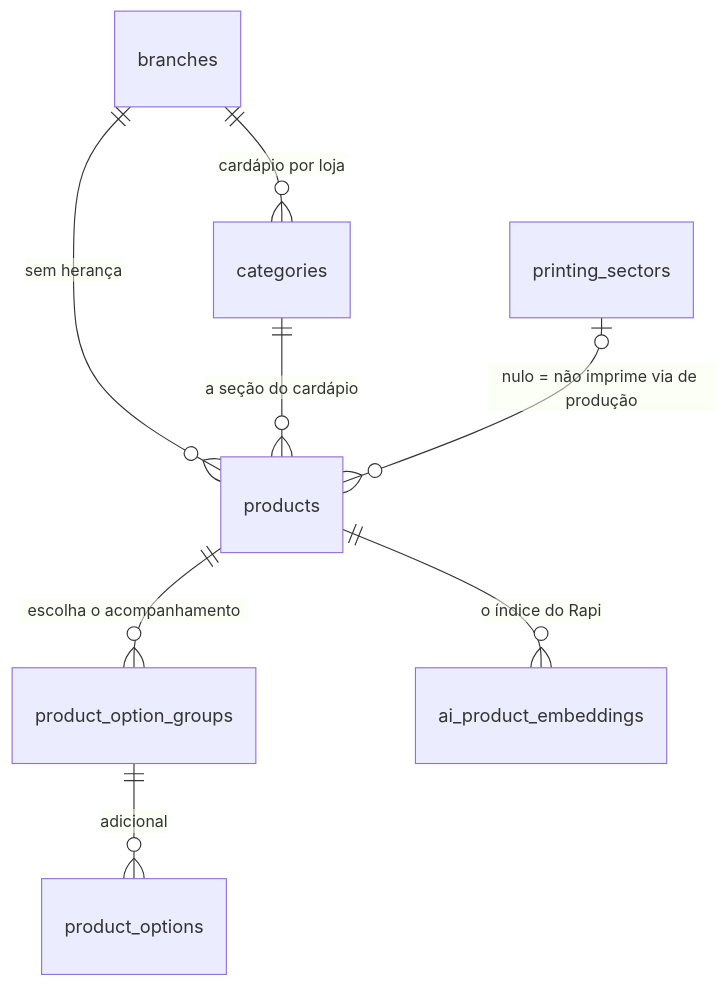
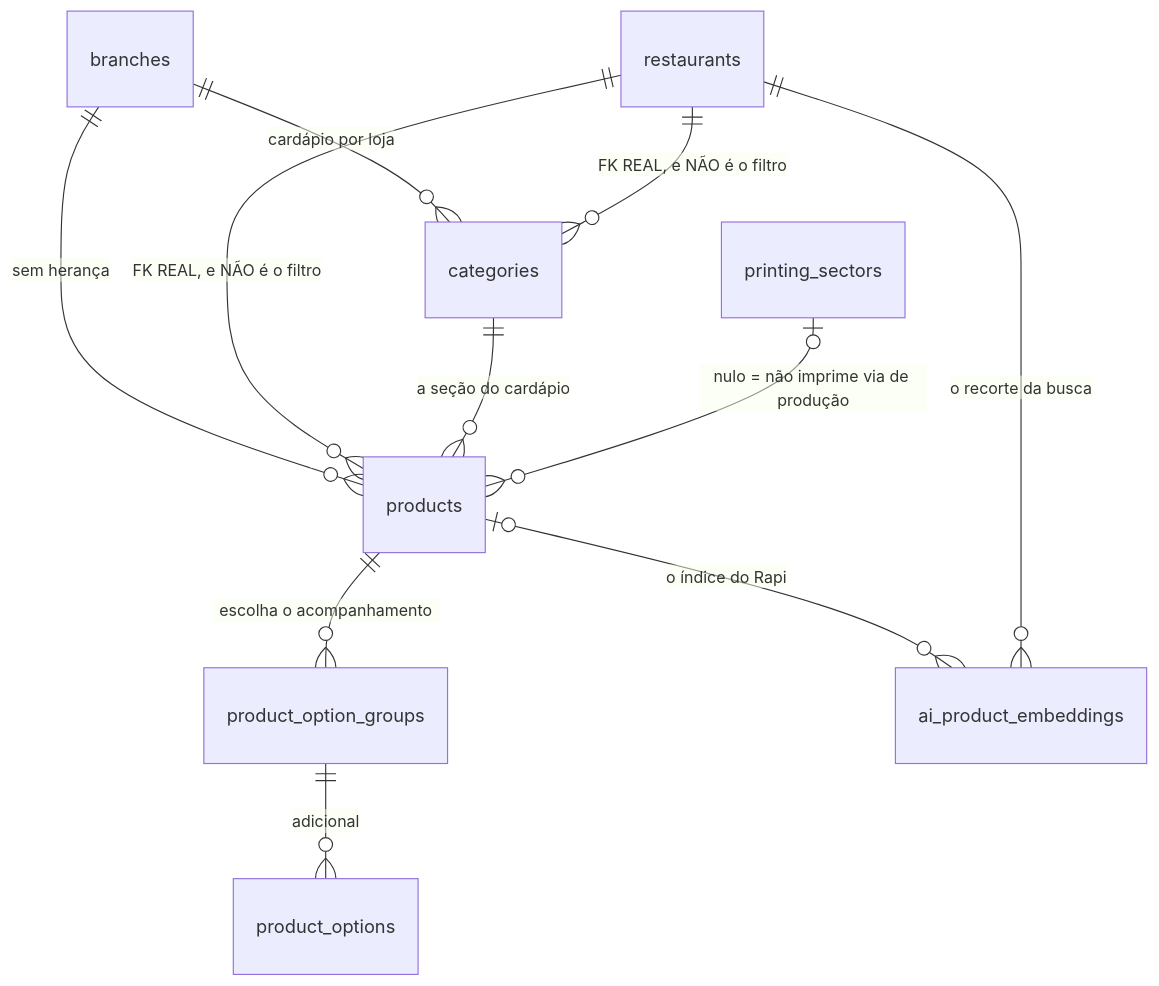
One commit to Caua1705/pedeaqui_back changed the second of 6 diagrams in docs/modelo-de-dados.md. Above: the diagram before and after it, drawn with Mermaid. The commit also changed other lines of this file and 2 other files, not shown here.

````diff
--- a/docs/modelo-de-dados.md
+++ b/docs/modelo-de-dados.md
@@ -53,10 +57,13 @@
 ```mermaid
 erDiagram
     branches ||--o{ categories : "cardápio por loja"
     branches ||--o{ products : "sem herança"
+    restaurants ||--o{ categories : "FK REAL, e NÃO é o filtro"
+    restaurants ||--o{ products : "FK REAL, e NÃO é o filtro"
     categories ||--o{ products : "a seção do cardápio"
     printing_sectors |o--o{ products : "nulo = não imprime via de produção"
     products ||--o{ product_option_groups : "escolha o acompanhamento"
     product_option_groups ||--o{ product_options : "adicional"
-    products ||--o{ ai_product_embeddings : "o índice do Rapi"
+    products |o--o{ ai_product_embeddings : "o índice do Rapi"
+    restaurants ||--o{ ai_product_embeddings : "o recorte da busca"
 ```
````
